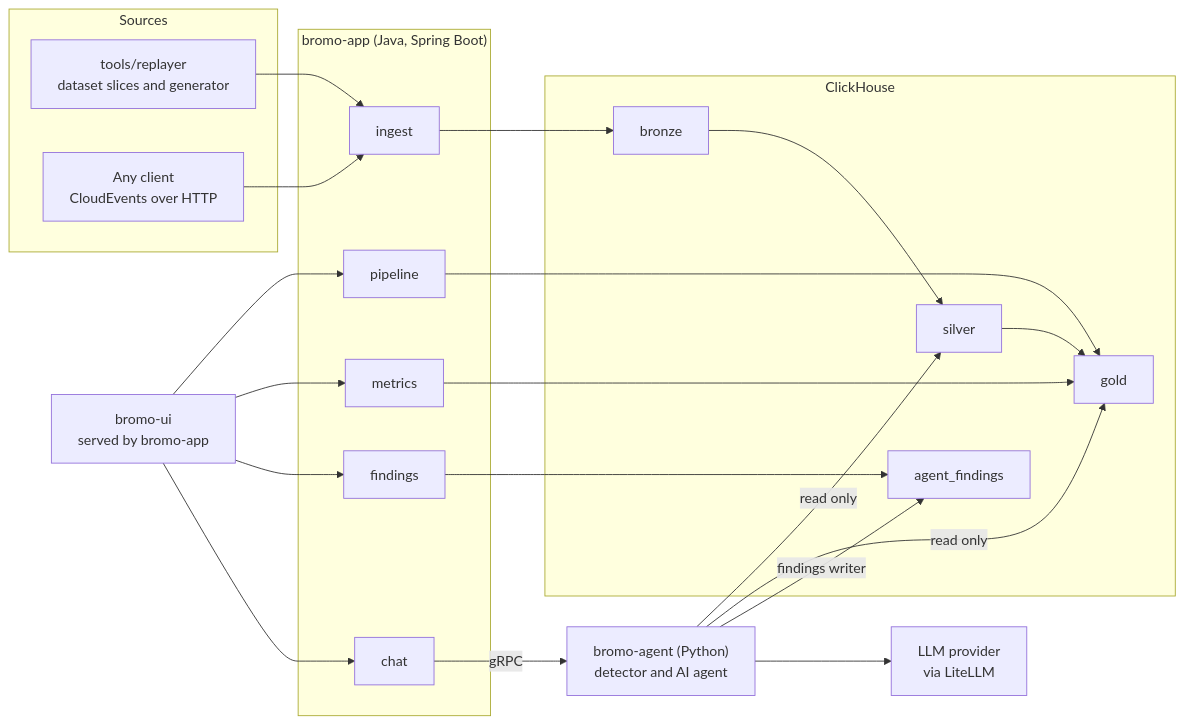
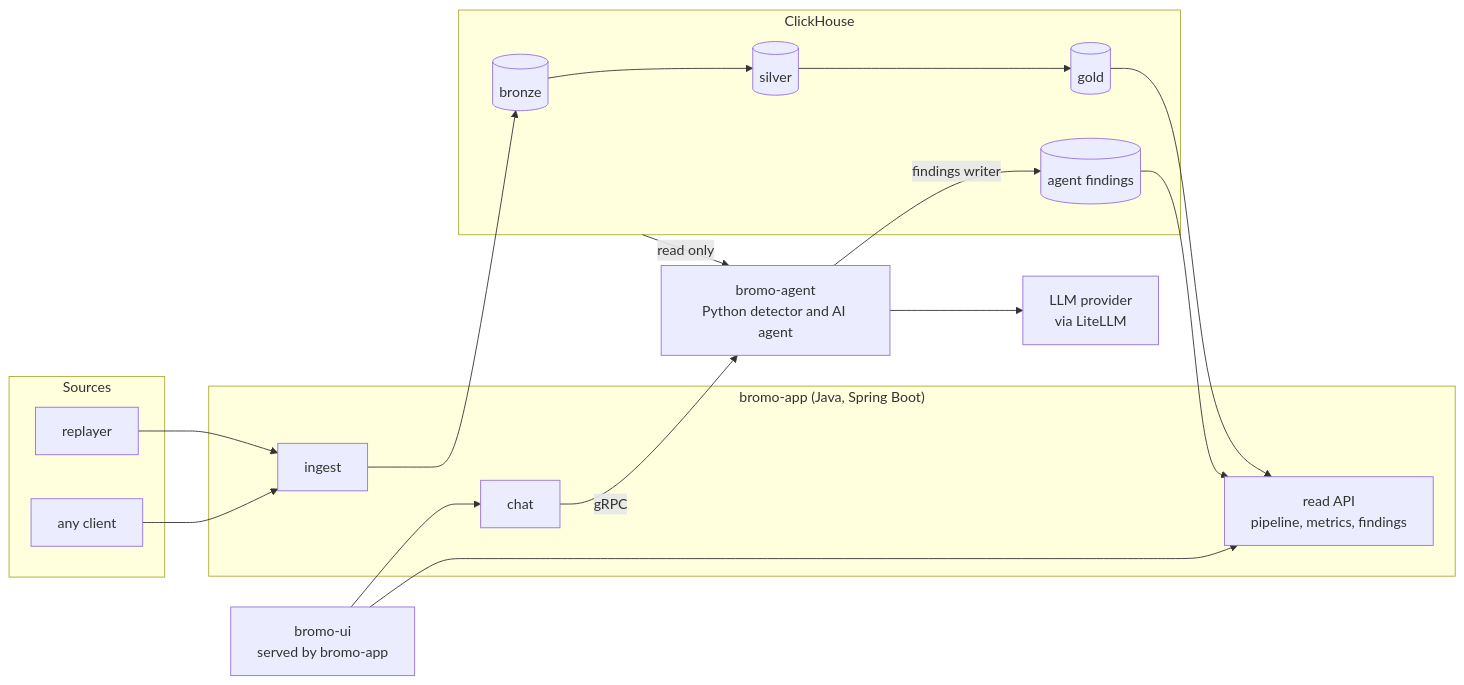
Before and after one commit to raihanpka/streaming-elt-clickhouse-with-ai: the first of 2 diagrams in docs/ARCHITECTURE.md, drawn with Mermaid. The commit also changed other lines of this file and 1 other file, not shown here.

Commit message:
docs(docs): redraw the architecture diagrams without crossing lines

````diff
--- a/docs/ARCHITECTURE.md
+++ b/docs/ARCHITECTURE.md
@@ -22,43 +22,34 @@
 ```mermaid
 flowchart LR
-    subgraph Sources
-        R[tools/replayer<br/>dataset slices and generator]
-        C[Any client<br/>CloudEvents over HTTP]
+    subgraph src["Sources"]
+        R["replayer"]
+        C["any client"]
     end
 
-    subgraph Backend["bromo-app (Java, Spring Boot)"]
-        IN[ingest]
-        PI[pipeline]
-        ME[metrics]
-        FI[findings]
-        CH[chat]
+    subgraph app["bromo-app (Java, Spring Boot)"]
+        IN["ingest"]
+        RD["read API<br/>pipeline, metrics, findings"]
+        CH["chat"]
     end
 
-    subgraph WH["ClickHouse"]
-        BR[bronze]
-        SI[silver]
-        GO[gold]
-        FD[agent_findings]
+    subgraph wh["ClickHouse"]
+        BR[("bronze")] --> SI[("silver")] --> GO[("gold")]
+        FD[("agent findings")]
     end
 
-    AG["bromo-agent (Python)<br/>detector and AI agent"]
-    LLM[LLM provider<br/>via LiteLLM]
-    UI[bromo-ui<br/>served by bromo-app]
+    AG["bromo-agent<br/>Python detector and AI agent"]
+    LLM["LLM provider<br/>via LiteLLM"]
+    UI["bromo-ui<br/>served by bromo-app"]
 
     R --> IN
     C --> IN
     IN --> BR
-    BR --> SI --> GO
-    PI --> GO
-    ME --> GO
-    FI --> FD
-    AG -->|read only| SI
-    AG -->|read only| GO
+    GO --> RD
+    FD --> RD
+    UI --> RD
+    UI --> CH
+    CH -->|gRPC| AG
+    wh -->|read only| AG
     AG -->|findings writer| FD
     AG --> LLM
-    CH -->|gRPC| AG
-    UI --> PI
-    UI --> ME
-    UI --> FI
-    UI --> CH
 ```
````
